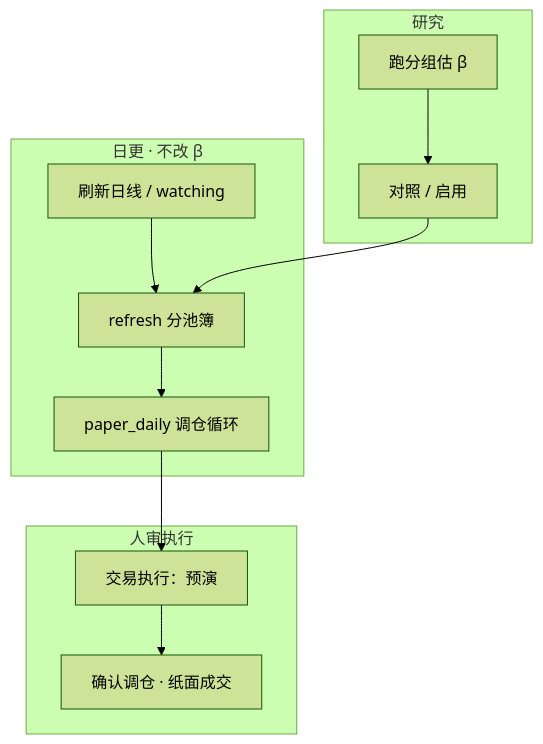
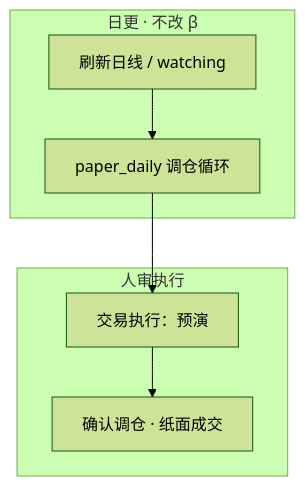
The third of 3 diagrams in quantlab/docs/quant.md (KaimingGao/workspace_gaokm), drawn with Mermaid (forest theme) before and after one commit. The commit also changed other lines of this file and 77 other files, not shown here.

````diff
--- a/quantlab/docs/quant.md
+++ b/quantlab/docs/quant.md
@@ -1453,15 +1399,10 @@
 ```mermaid
 flowchart TD
-  subgraph research [研究]
-    G[跑分组估 β] --> P[对照 / 启用]
-  end
   subgraph daily [日更 · 不改 β]
-    B[刷新日线 / watching] --> R[refresh 分池簿]
-    R --> C[paper_daily 调仓循环]
+    B[刷新日线 / watching] --> C[paper_daily 调仓循环]
   end
   subgraph human [人审执行]
     C --> V[交易执行：预演]
     V --> X[确认调仓 · 纸面成交]
   end
-  P --> R
 ```
````
